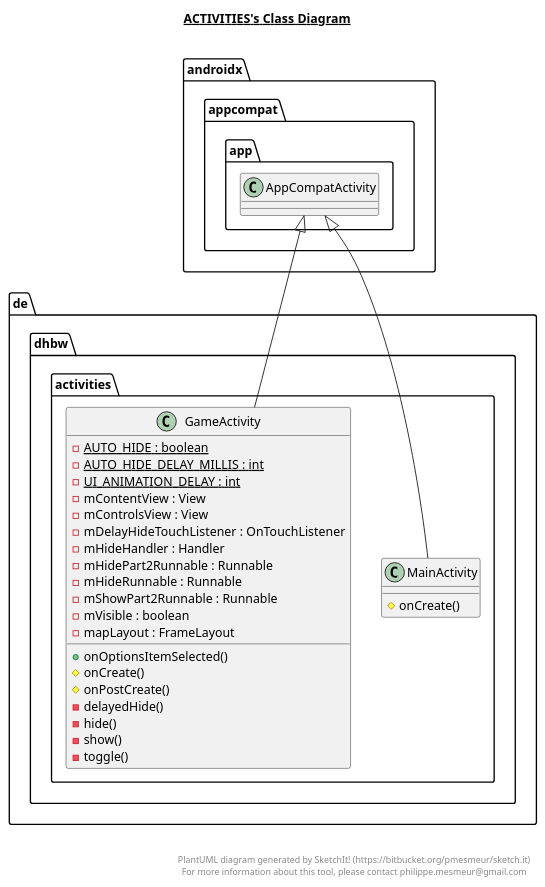
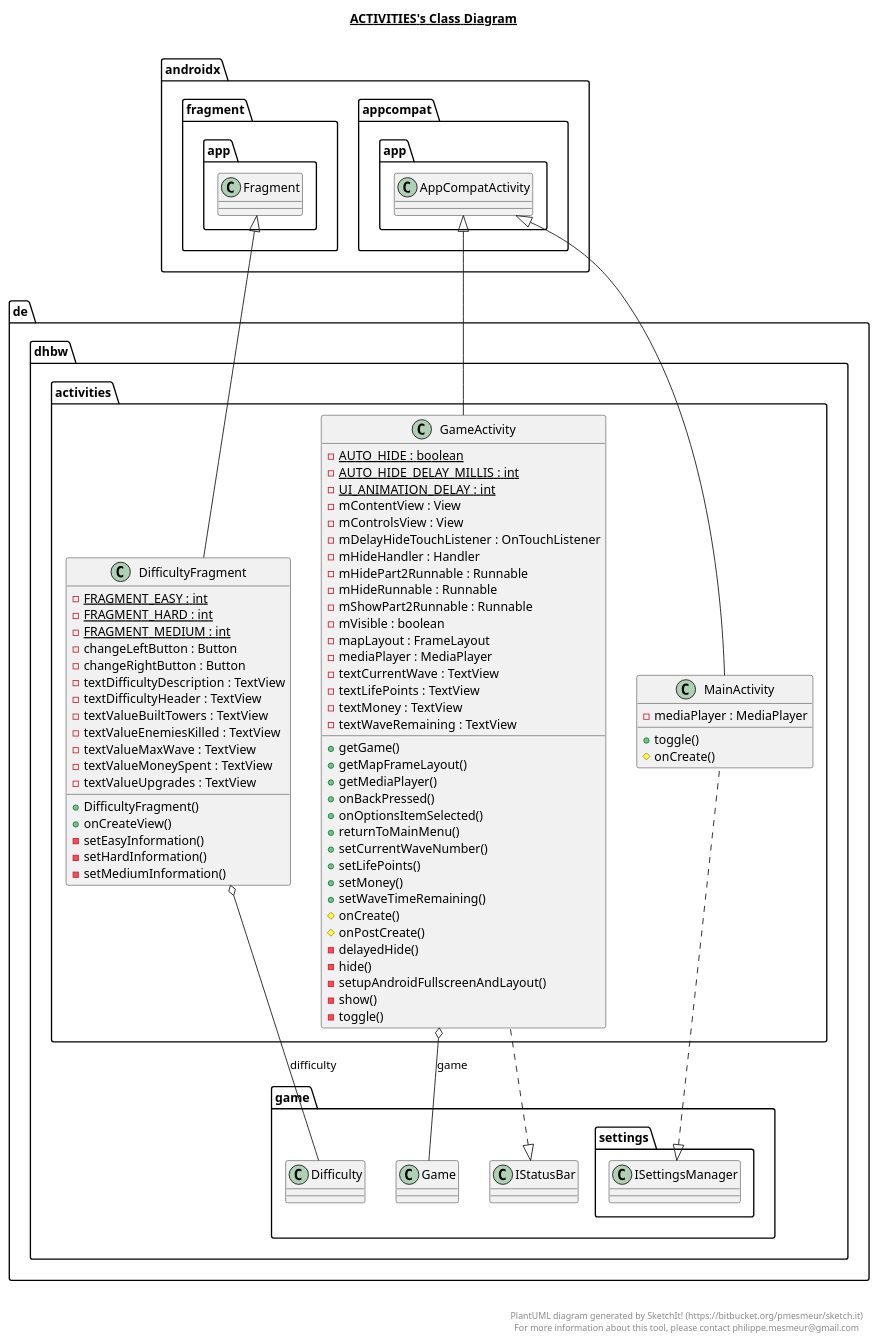
Before and after one commit to niwa99/Tower-Defense: the diagram in app/src/main/java/de/dhbw/activities/activities.plantuml, drawn with PlantUML. The commit also changed 14 other files, not shown here.

Commit message:
[DHTD-105] update of class diagram files

```diff
--- a/app/src/main/java/de/dhbw/activities/activities.plantuml
+++ b/app/src/main/java/de/dhbw/activities/activities.plantuml
@@ -1,46 +1,99 @@
 @startuml
 
 title __ACTIVITIES's Class Diagram__\n
 
-  package de.dhbw {
-    package activities {
+  namespace de.dhbw {
+    namespace activities {
+      class de.dhbw.activities.DifficultyFragment {
+          {static} - FRAGMENT_EASY : int
+          {static} - FRAGMENT_HARD : int
+          {static} - FRAGMENT_MEDIUM : int
+          - changeLeftButton : Button
+          - changeRightButton : Button
+          - textDifficultyDescription : TextView
+          - textDifficultyHeader : TextView
+          - textValueBuiltTowers : TextView
+          - textValueEnemiesKilled : TextView
+          - textValueMaxWave : TextView
+          - textValueMoneySpent : TextView
+          - textValueUpgrades : TextView
+          + DifficultyFragment()
+          + onCreateView()
+          - setEasyInformation()
+          - setHardInformation()
+          - setMediumInformation()
+      }
+    }
+  }
+  
+
+  namespace de.dhbw {
+    namespace activities {
+      class de.dhbw.activities.GameActivity {
+          {static} - AUTO_HIDE : boolean
+          {static} - AUTO_HIDE_DELAY_MILLIS : int
+          {static} - UI_ANIMATION_DELAY : int
+          - mContentView : View
+          - mControlsView : View
+          - mDelayHideTouchListener : OnTouchListener
+          - mHideHandler : Handler
+          - mHidePart2Runnable : Runnable
+          - mHideRunnable : Runnable
+          - mShowPart2Runnable : Runnable
+          - mVisible : boolean
+          - mapLayout : FrameLayout
+          - mediaPlayer : MediaPlayer
+          - textCurrentWave : TextView
+          - textLifePoints : TextView
+          - textMoney : TextView
+          - textWaveRemaining : TextView
+          + getGame()
+          + getMapFrameLayout()
+          + getMediaPlayer()
+          + onBackPressed()
+          + onOptionsItemSelected()
+          + returnToMainMenu()
+          + setCurrentWaveNumber()
+          + setLifePoints()
+          + setMoney()
+          + setWaveTimeRemaining()
+          # onCreate()
+          # onPostCreate()
+          - delayedHide()
+          - hide()
+          - setupAndroidFullscreenAndLayout()
+          - show()
+          - toggle()
+      }
+    }
+  }
+  
+
+  namespace de.dhbw {
+    namespace activities {
       class de.dhbw.activities.MainActivity {
+          - mediaPlayer : MediaPlayer
+          + toggle()
           # onCreate()
       }
-
-      class de.dhbw.activities.GameActivity {
-                  {static} - AUTO_HIDE : boolean
-                  {static} - AUTO_HIDE_DELAY_MILLIS : int
-                  {static} - UI_ANIMATION_DELAY : int
-                  - mContentView : View
-                  - mControlsView : View
-                  - mDelayHideTouchListener : OnTouchListener
-                  - mHideHandler : Handler
-                  - mHidePart2Runnable : Runnable
-                  - mHideRunnable : Runnable
-                  - mShowPart2Runnable : Runnable
-                  - mVisible : boolean
-                  - mapLayout : FrameLayout
-                  + onOptionsItemSelected()
-                  # onCreate()
-                  # onPostCreate()
-                  - delayedHide()
-                  - hide()
-                  - show()
-                  - toggle()
-              }
     }
   }
+  
 
+  de.dhbw.activities.DifficultyFragment -up-|> androidx.fragment.app.Fragment
+  de.dhbw.activities.DifficultyFragment o-- de.dhbw.game.Difficulty : difficulty
+  de.dhbw.activities.GameActivity .up.|> de.dhbw.game.IStatusBar
   de.dhbw.activities.GameActivity -up-|> androidx.appcompat.app.AppCompatActivity
+  de.dhbw.activities.GameActivity o-- de.dhbw.game.Game : game
+  de.dhbw.activities.MainActivity .up.|> de.dhbw.game.settings.ISettingsManager
   de.dhbw.activities.MainActivity -up-|> androidx.appcompat.app.AppCompatActivity
 
 
 right footer
 
 
 PlantUML diagram generated by SketchIt! (https://bitbucket.org/pmesmeur/sketch.it)
 For more information about this tool, please contact philippe.mesmeur@gmail.com
 endfooter
 
 @enduml
```
